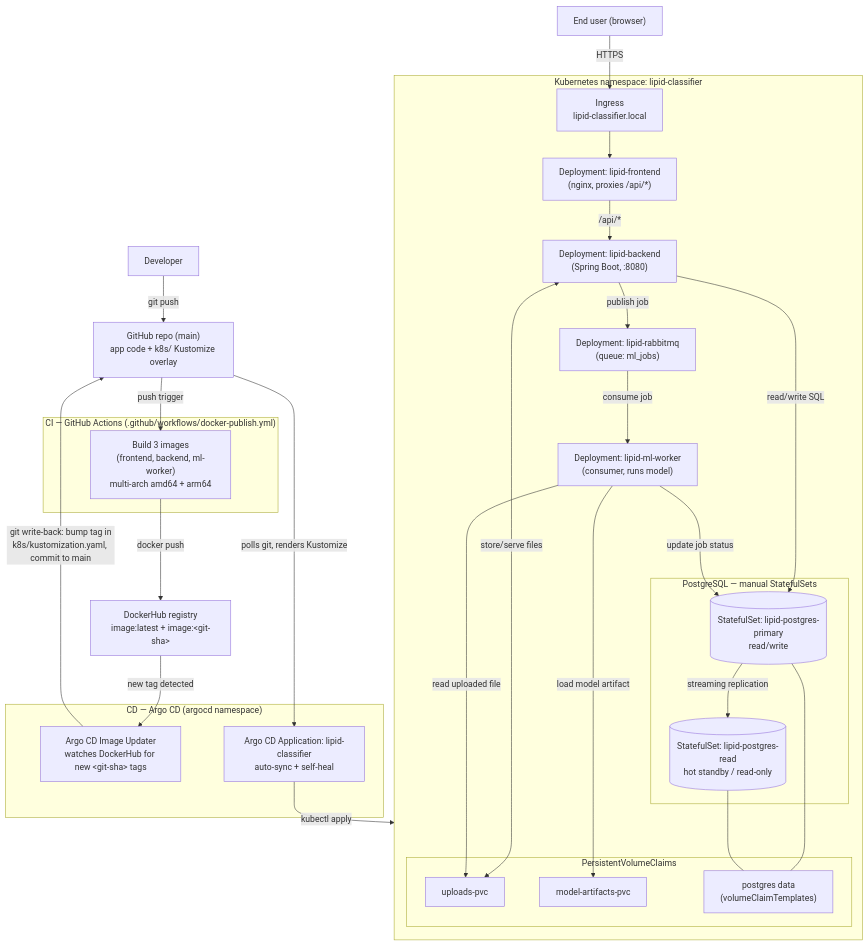
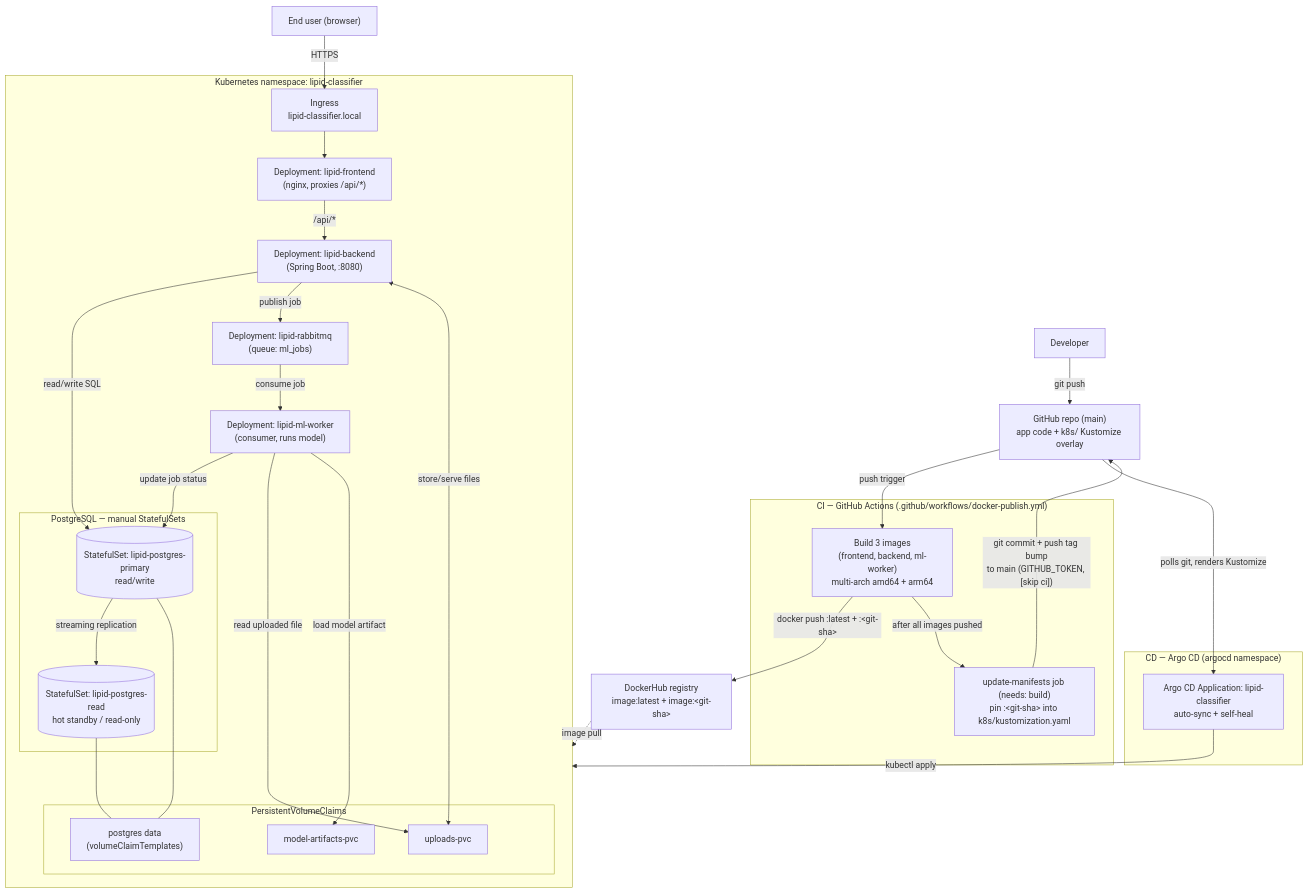
The diagram in diagrams/k8s-argocd-architecture.md (andrejwastaken/lipid-class-classifier), drawn with Mermaid before and after one commit. The commit also changed other lines of this file and 10 other files, not shown here.

Commit message:
Changed how ArgoCD handles image pulling/pushing from git.

````diff
--- a/diagrams/k8s-argocd-architecture.md
+++ b/diagrams/k8s-argocd-architecture.md
@@ -13,61 +13,62 @@
 ```mermaid
 flowchart TB
     dev["Developer"]
     gh["GitHub repo (main)<br/>app code + k8s/ Kustomize overlay"]
 
     subgraph CI["CI — GitHub Actions (.github/workflows/docker-publish.yml)"]
         build["Build 3 images<br/>(frontend, backend, ml-worker)<br/>multi-arch amd64 + arm64"]
+        pin["update-manifests job (needs: build)<br/>pin :&lt;git-sha&gt; into k8s/kustomization.yaml"]
     end
 
     dh["DockerHub registry<br/>image:latest + image:&lt;git-sha&gt;"]
 
     subgraph CD["CD — Argo CD (argocd namespace)"]
-        iu["Argo CD Image Updater<br/>watches DockerHub for new &lt;git-sha&gt; tags"]
         argo["Argo CD Application: lipid-classifier<br/>auto-sync + self-heal"]
     end
 
     subgraph NS["Kubernetes namespace: lipid-classifier"]
         ing["Ingress<br/>lipid-classifier.local"]
         fe["Deployment: lipid-frontend<br/>(nginx, proxies /api/*)"]
         be["Deployment: lipid-backend<br/>(Spring Boot, :8080)"]
         mq["Deployment: lipid-rabbitmq<br/>(queue: ml_jobs)"]
         mw["Deployment: lipid-ml-worker<br/>(consumer, runs model)"]
 
         subgraph DB["PostgreSQL — manual StatefulSets"]
             pgp[("StatefulSet: lipid-postgres-primary<br/>read/write")]
             pgr[("StatefulSet: lipid-postgres-read<br/>hot standby / read-only")]
         end
 
         subgraph VOL["PersistentVolumeClaims"]
             up["uploads-pvc"]
             ma["model-artifacts-pvc"]
             pd["postgres data<br/>(volumeClaimTemplates)"]
         end
     end
 
     %% CI/CD flow
     dev -->|git push| gh
     gh -->|push trigger| build
-    build -->|docker push| dh
-    dh -->|new tag detected| iu
-    iu -->|"git write-back: bump tag in<br/>k8s/kustomization.yaml, commit to main"| gh
+    build -->|"docker push :latest + :&lt;git-sha&gt;"| dh
+    build -->|after all images pushed| pin
+    pin -->|"git commit + push tag bump<br/>to main (GITHUB_TOKEN, [skip ci])"| gh
     gh -->|polls git, renders Kustomize| argo
     argo -->|kubectl apply| NS
+    dh -.->|image pull| NS
 
     %% Runtime flow
     user["End user (browser)"] -->|HTTPS| ing
     ing --> fe
     fe -->|/api/*| be
     be -->|read/write SQL| pgp
     be -->|publish job| mq
     mq -->|consume job| mw
     mw -->|update job status| pgp
     be <-->|store/serve files| up
     mw -->|read uploaded file| up
     mw -->|load model artifact| ma
 
     %% Replication + storage
     pgp -->|streaming replication| pgr
     pgp --- pd
     pgr --- pd
 ```
````
